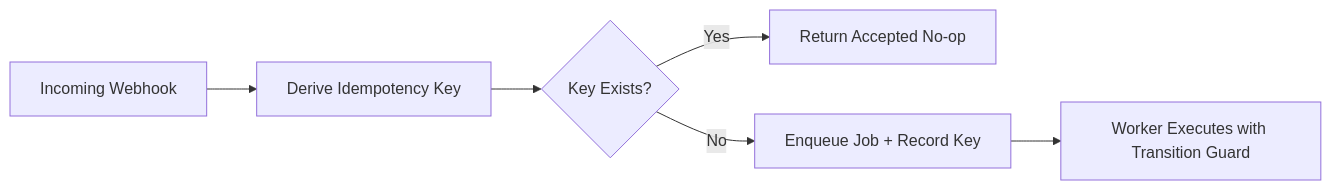
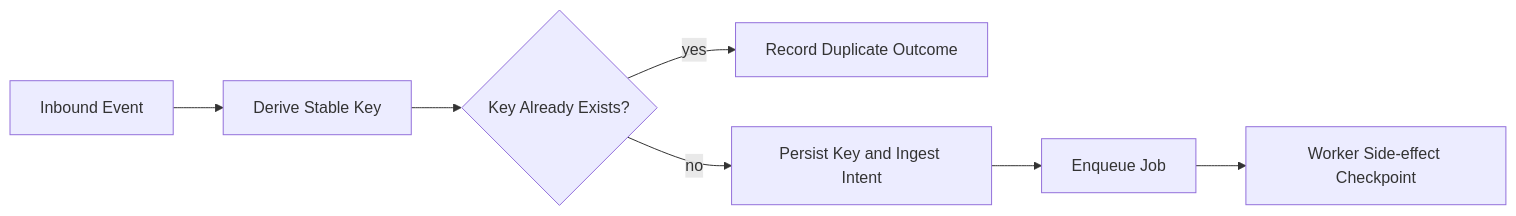
Before and after one commit to Ahsankhalid618/ai-automation-system-design: the diagram in docs/idempotency.md, drawn with Mermaid. The commit also changed other lines of this file and 15 other files, not shown here.

````diff
--- a/docs/idempotency.md
+++ b/docs/idempotency.md
@@ -43,8 +26,9 @@
 ```mermaid
 flowchart LR
-A[Incoming Webhook] --> B[Derive Idempotency Key]
-B --> C{Key Exists?}
-C -->|Yes| D[Return Accepted No-op]
-C -->|No| E[Enqueue Job + Record Key]
-E --> F[Worker Executes with Transition Guard]
+  A[Inbound Event] --> B[Derive Stable Key]
+  B --> C{Key Already Exists?}
+  C -->|yes| D[Record Duplicate Outcome]
+  C -->|no| E[Persist Key and Ingest Intent]
+  E --> F[Enqueue Job]
+  F --> G[Worker Side-effect Checkpoint]
 ```
````
